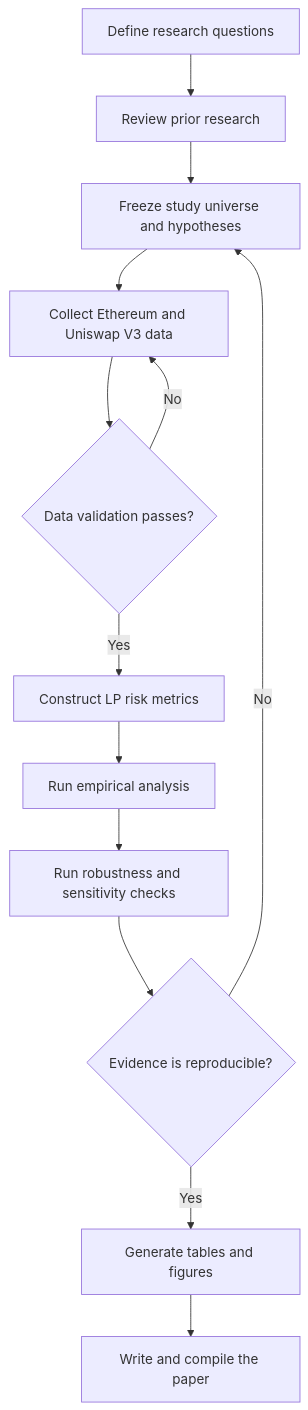
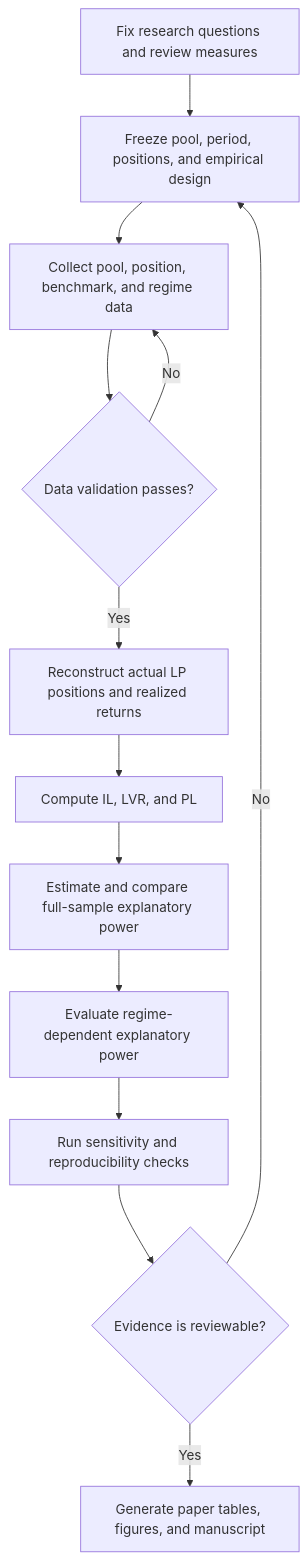
One commit to Basten1209/Uniswap-ETH-risk-analysis changed the diagram in flow.md. Above: the diagram before and after it, drawn with Mermaid. The commit also changed other lines of this file and 6 other files, not shown here.

Commit message:
docs: align LP risk research scope

````diff
--- a/flow.md
+++ b/flow.md
@@ -11,15 +12,15 @@
 ```mermaid
 flowchart TD
-    A[Define research questions] --> B[Review prior research]
-    B --> C[Freeze study universe and hypotheses]
-    C --> D[Collect Ethereum and Uniswap V3 data]
-    D --> E{Data validation passes?}
-    E -- No --> D
-    E -- Yes --> F[Construct LP risk metrics]
-    F --> G[Run empirical analysis]
-    G --> H[Run robustness and sensitivity checks]
-    H --> I{Evidence is reproducible?}
-    I -- No --> C
-    I -- Yes --> J[Generate tables and figures]
-    J --> K[Write and compile the paper]
+    A[Fix research questions and review measures] --> B[Freeze pool, period, positions, and empirical design]
+    B --> C[Collect pool, position, benchmark, and regime data]
+    C --> D{Data validation passes?}
+    D -- No --> C
+    D -- Yes --> E[Reconstruct actual LP positions and realized returns]
+    E --> F[Compute IL, LVR, and PL]
+    F --> G[Estimate and compare full-sample explanatory power]
+    G --> H[Evaluate regime-dependent explanatory power]
+    H --> I[Run sensitivity and reproducibility checks]
+    I --> J{Evidence is reviewable?}
+    J -- No --> B
+    J -- Yes --> K[Generate paper tables, figures, and manuscript]
 ```
````
